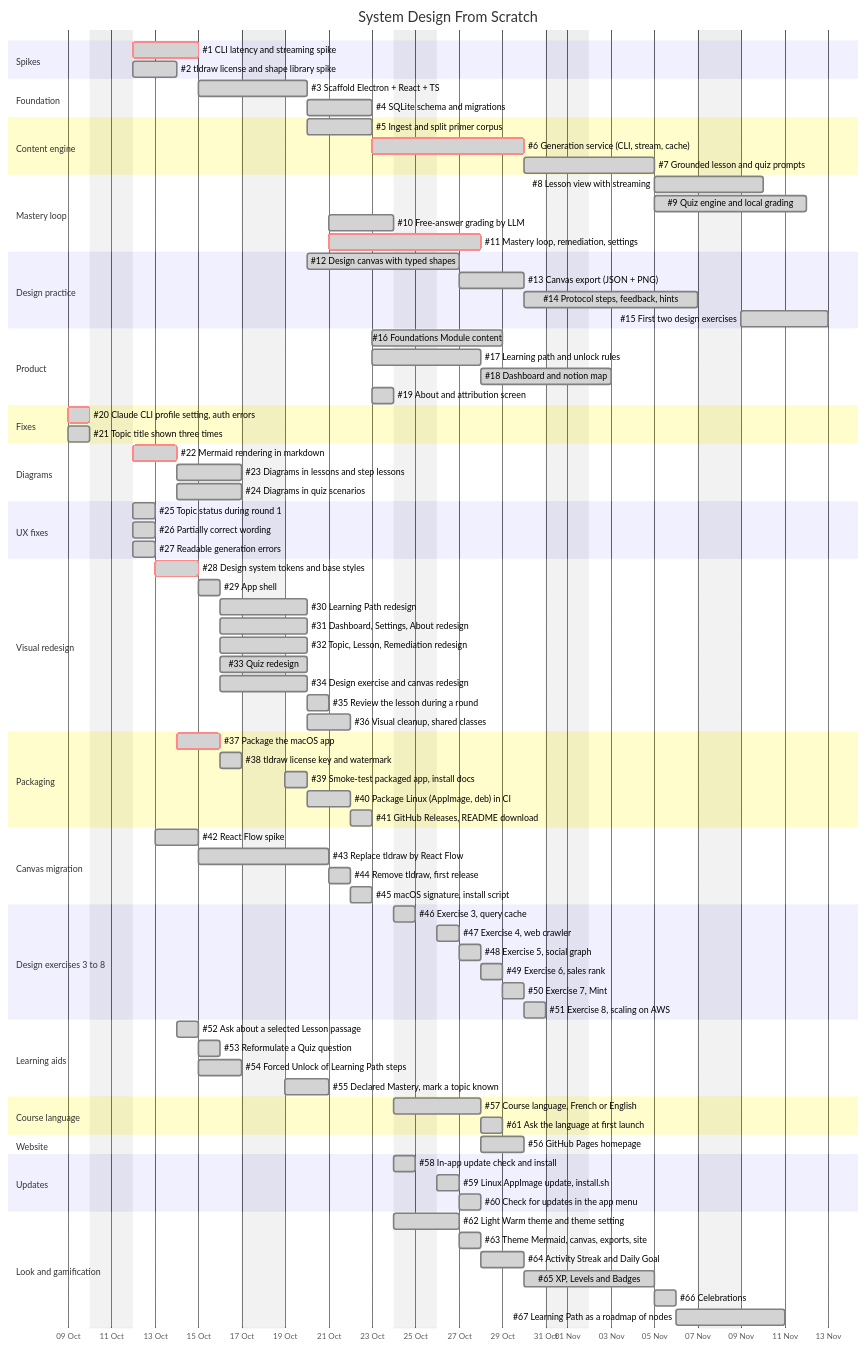
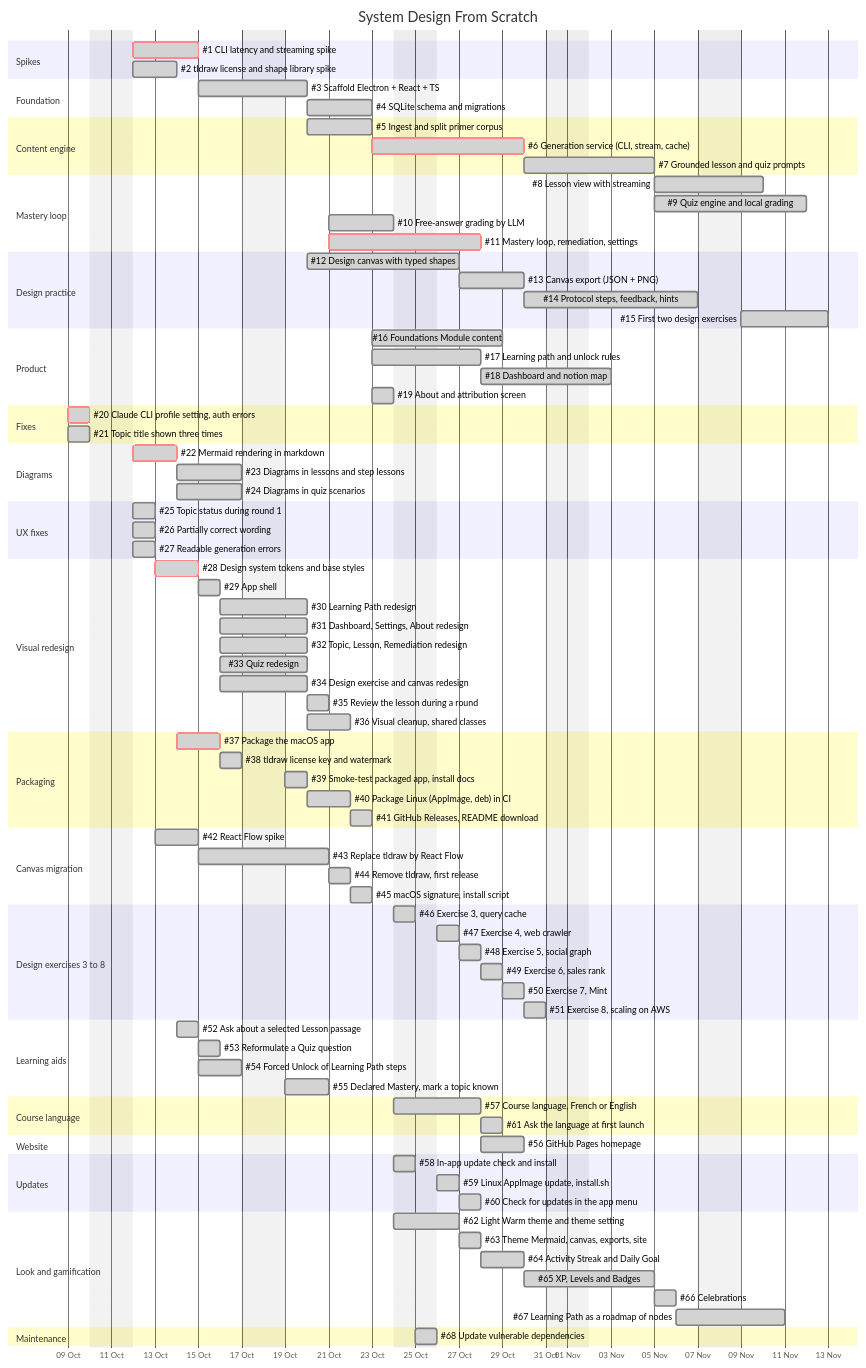
Before and after one commit to jbclaramonte/system-design-from-scratch: the diagram in docs/ROADMAP.md, drawn with Mermaid. The commit also changed other lines of this file and 3 other files, not shown here.

First line of the commit message:
chore: update vulnerable dependencies

````diff
--- a/docs/ROADMAP.md
+++ b/docs/ROADMAP.md
@@ -119,4 +119,7 @@
     #65 XP, Levels and Badges                 :done, t4, after t3, 4d
     #66 Celebrations                          :done, t5, after t4, 1d
     #67 Learning Path as a roadmap of nodes   :done, t6, after t5, 3d
+
+    section Maintenance
+    #68 Update vulnerable dependencies        :done, dep1, 2026-10-25, 1d
 ```
````
